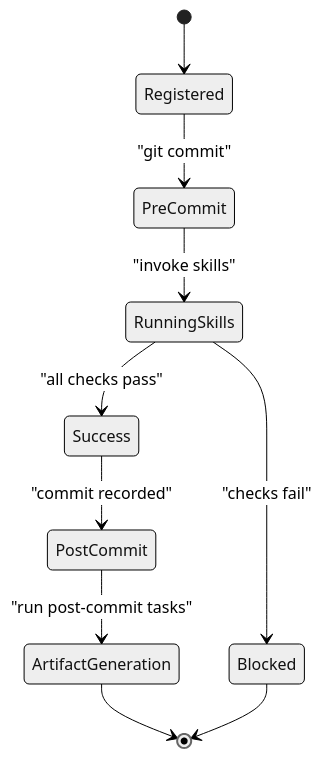
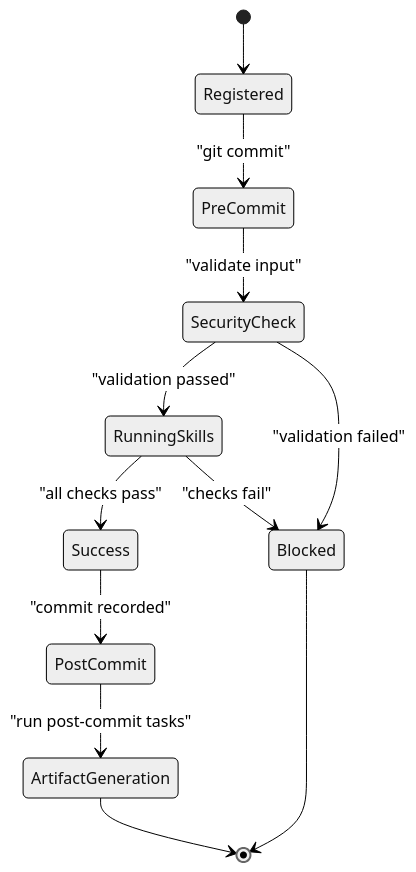
One commit to Sherlock-Shi/pi-codex-kit changed the sixth of 8 diagrams in .qoder/repowiki/en/content/Core Architecture/Hook System Architecture.md. Above: the diagram before and after it, drawn with Mermaid (neutral theme). The commit also changed other lines of this file and 47 other files, not shown here.

````diff
--- a/.qoder/repowiki/en/content/Core Architecture/Hook System Architecture.md
+++ b/.qoder/repowiki/en/content/Core Architecture/Hook System Architecture.md
@@ -209,12 +283,14 @@
 ```mermaid
 stateDiagram-v2
 [*] --> Registered
 Registered --> PreCommit : "git commit"
-PreCommit --> RunningSkills : "invoke skills"
+PreCommit --> SecurityCheck : "validate input"
+SecurityCheck --> RunningSkills : "validation passed"
+SecurityCheck --> Blocked : "validation failed"
 RunningSkills --> Success : "all checks pass"
 RunningSkills --> Blocked : "checks fail"
 Success --> PostCommit : "commit recorded"
 PostCommit --> ArtifactGeneration : "run post-commit tasks"
 ArtifactGeneration --> [*]
 Blocked --> [*]
 ```
````
